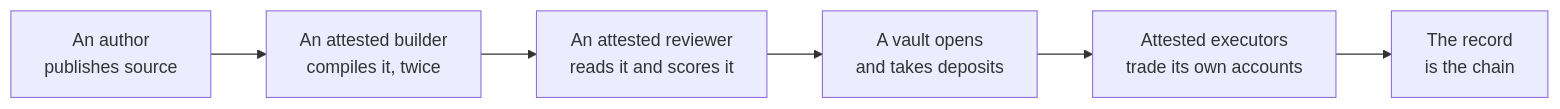
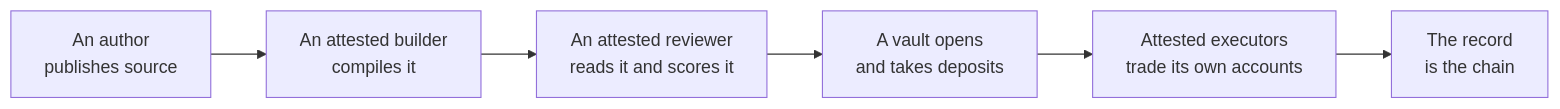
Before and after one commit to ShoninFi/shonin-platform: the diagram in docs/content/how-it-works/index.md, drawn with Mermaid. The commit also changed other lines of this file and 11 other files, not shown here.

````diff
--- a/docs/content/how-it-works/index.md
+++ b/docs/content/how-it-works/index.md
@@ -5,8 +5,8 @@
 ```mermaid
 flowchart LR
-    A["An author<br/>publishes source"] --> B["An attested builder<br/>compiles it, twice"]
+    A["An author<br/>publishes source"] --> B["An attested builder<br/>compiles it"]
     B --> C["An attested reviewer<br/>reads it and scores it"]
     C --> D["A vault opens<br/>and takes deposits"]
     D --> E["Attested executors<br/>trade its own accounts"]
     E --> F["The record<br/>is the chain"]
 ```
````
